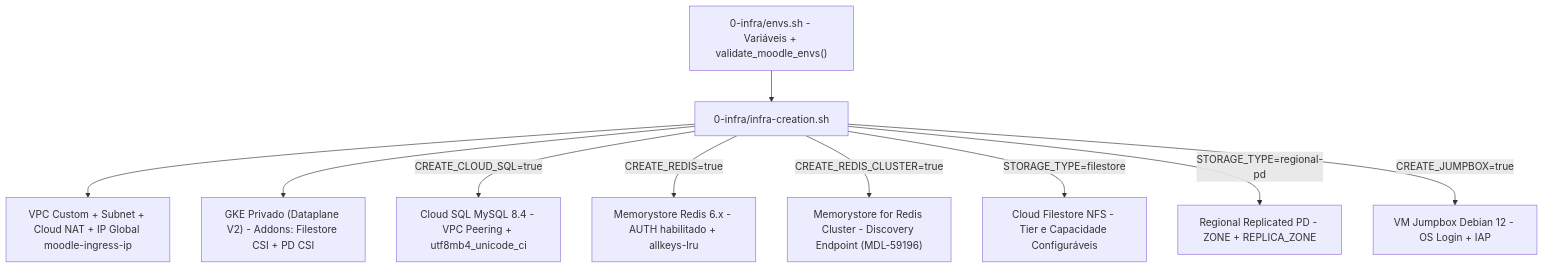
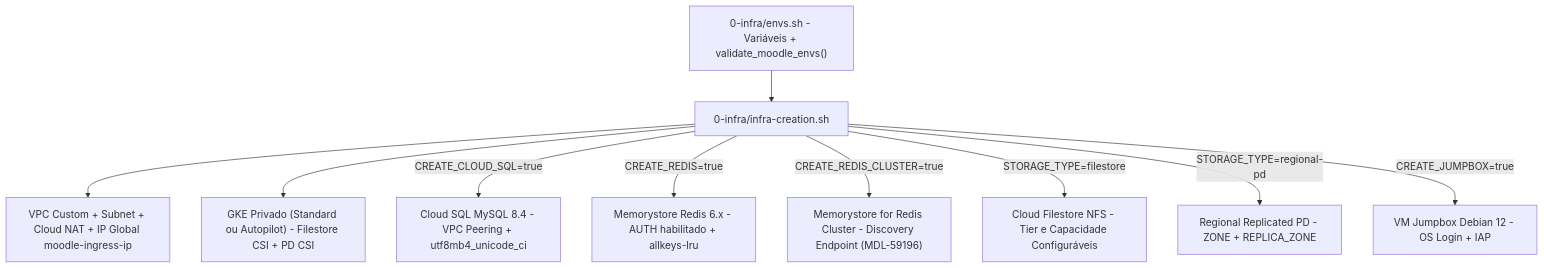
One commit to google/moodle-on-gcp changed the diagram in openwiki/architecture/infrastructure-and-networking.md. Above: the diagram before and after it, drawn with Mermaid. The commit also changed other lines of this file and 10 other files, not shown here.

````diff
--- a/openwiki/architecture/infrastructure-and-networking.md
+++ b/openwiki/architecture/infrastructure-and-networking.md
@@ -21,12 +21,12 @@
 ```mermaid
 flowchart TD
     Envs["0-infra/envs.sh - Variáveis + validate_moodle_envs()"] --> Infra["0-infra/infra-creation.sh"]
     Infra --> VPC["VPC Custom + Subnet + Cloud NAT + IP Global moodle-ingress-ip"]
-    Infra --> GKE["GKE Privado (Dataplane V2) - Addons: Filestore CSI + PD CSI"]
+    Infra --> GKE["GKE Privado (Standard ou Autopilot) - Filestore CSI + PD CSI"]
     Infra -->|CREATE_CLOUD_SQL=true| SQL["Cloud SQL MySQL 8.4 - VPC Peering + utf8mb4_unicode_ci"]
     Infra -->|CREATE_REDIS=true| Redis["Memorystore Redis 6.x - AUTH habilitado + allkeys-lru"]
     Infra -->|CREATE_REDIS_CLUSTER=true| MRC["Memorystore for Redis Cluster - Discovery Endpoint (MDL-59196)"]
     Infra -->|STORAGE_TYPE=filestore| FS["Cloud Filestore NFS - Tier e Capacidade Configuráveis"]
     Infra -->|STORAGE_TYPE=regional-pd| RPD["Regional Replicated PD - ZONE + REPLICA_ZONE"]
     Infra -->|CREATE_JUMPBOX=true| Jump["VM Jumpbox Debian 12 - OS Login + IAP"]
 ```
````
